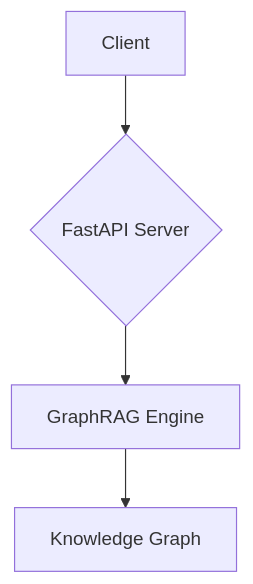
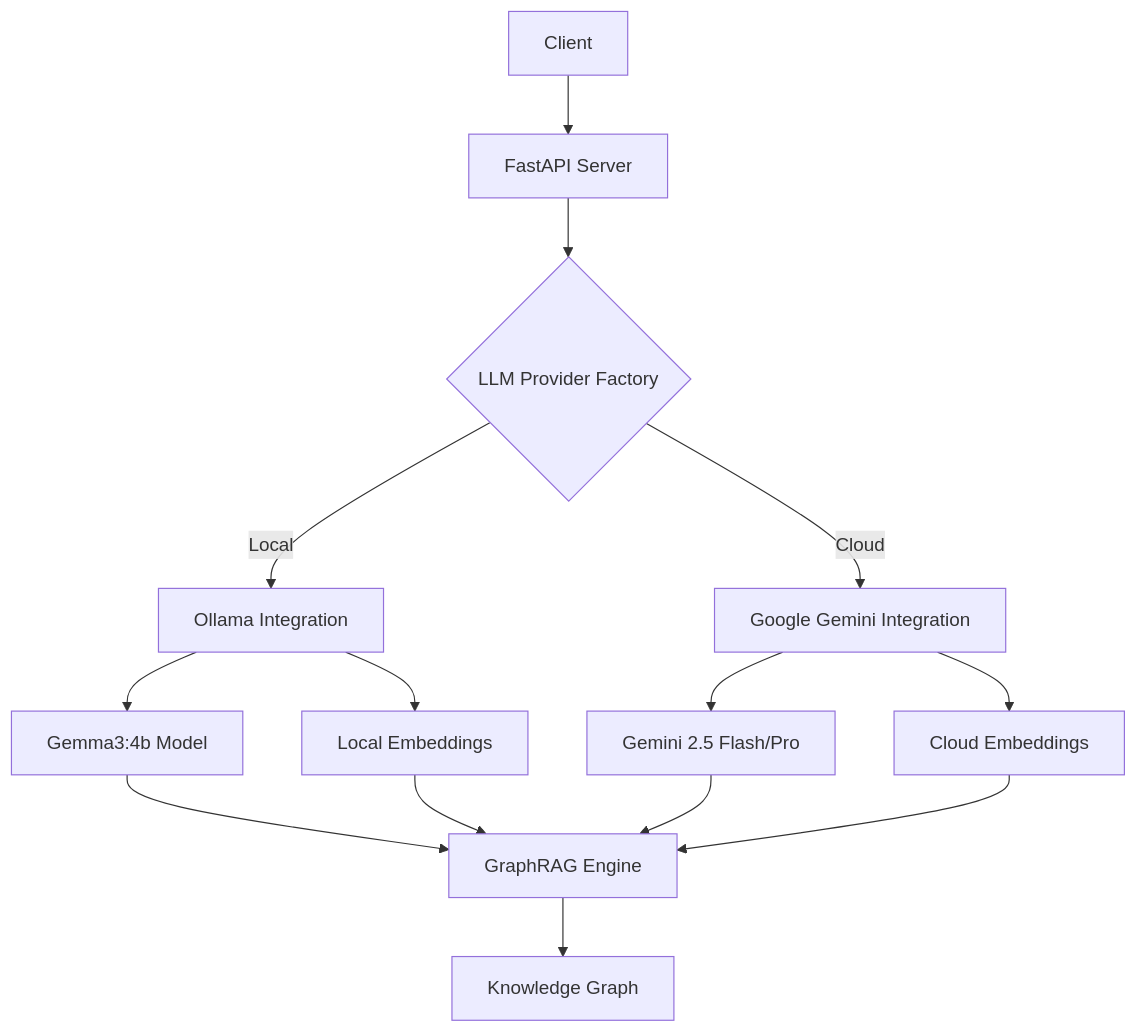
Before and after one commit to pierregrothe/graphrag-api: the diagram in README.md, drawn with Mermaid. The commit also changed other lines of this file and 4 other files, not shown here.

````diff
--- a/README.md
+++ b/README.md
@@ -9,6 +11,16 @@
 ```mermaid
 graph TD
-    A[Client] --> B{FastAPI Server};
-    B --> C[GraphRAG Engine];
-    C --> D[Knowledge Graph];
+    A[Client] --> B[FastAPI Server]
+    B --> C{LLM Provider Factory}
+    C -->|Local| D[Ollama Integration]
+    C -->|Cloud| E[Google Gemini Integration]
+    D --> F[Gemma3:4b Model]
+    E --> G[Gemini 2.5 Flash/Pro]
+    D --> H[Local Embeddings]
+    E --> I[Cloud Embeddings]
+    F --> J[GraphRAG Engine]
+    G --> J
+    H --> J
+    I --> J
+    J --> K[Knowledge Graph]
 ```
````
